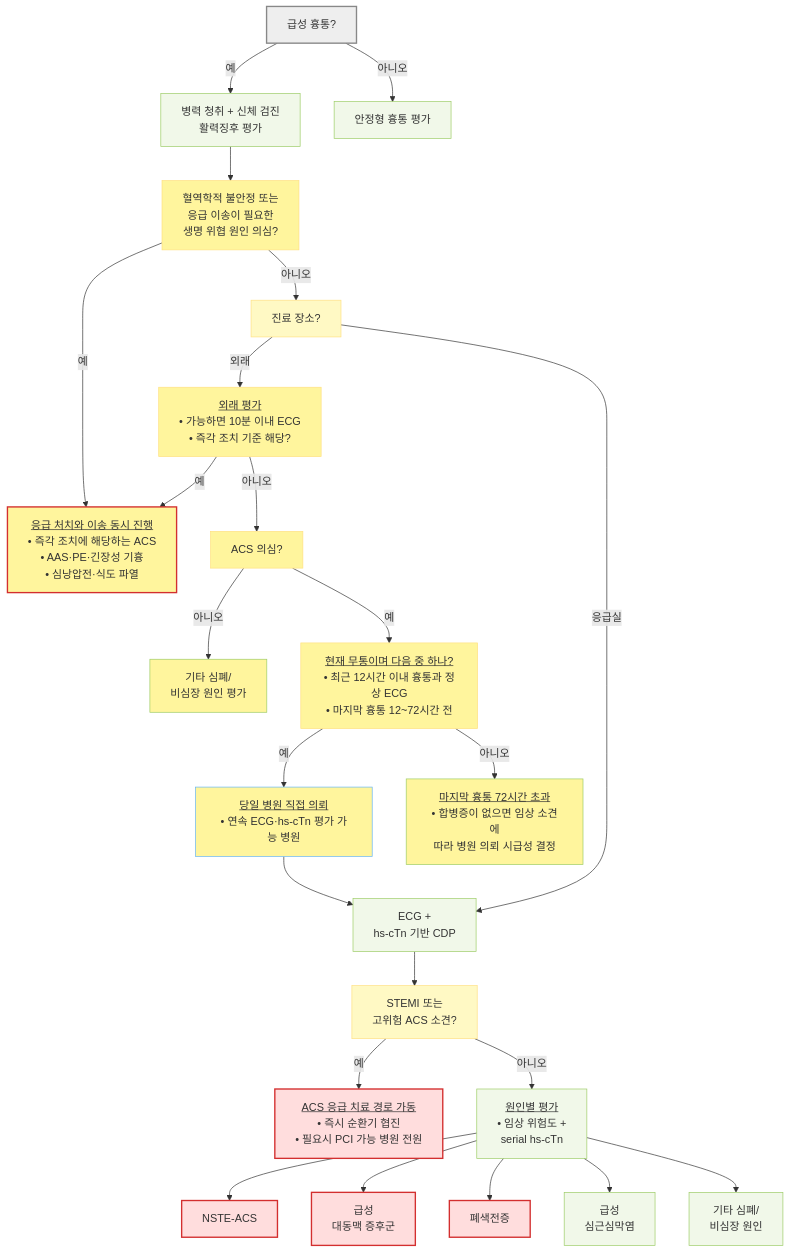
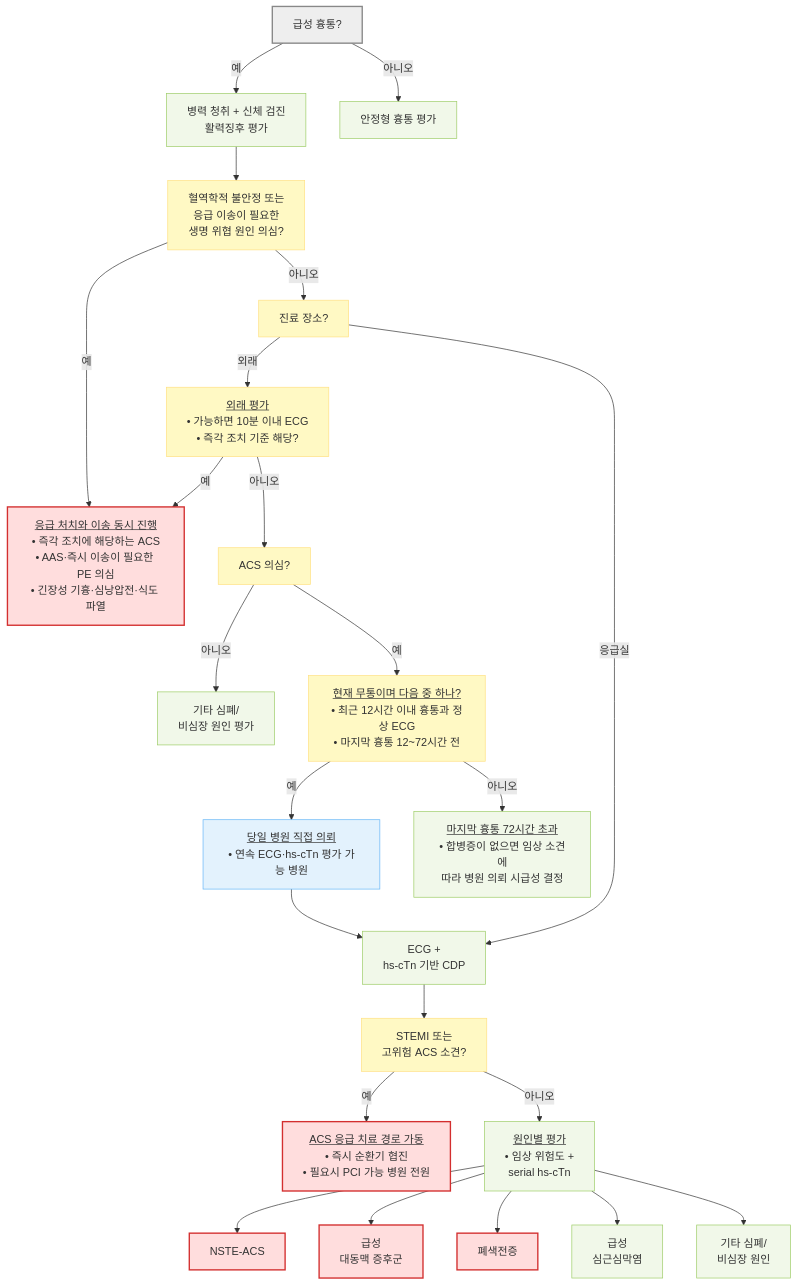
The first of 2 diagrams in 220_/002_-chest-pain.md (familyoh77/familyoh77), drawn with Mermaid before and after one commit. The commit also changed other lines of this file and 4 other files, not shown here.

````diff
--- a/220_/002_-chest-pain.md
+++ b/220_/002_-chest-pain.md
@@ -154,45 +154,35 @@
 ```mermaid
 flowchart TD
     A["급성 흉통?"] -- "예" --> B["병력 청취 + 신체 검진 <br/> 활력징후 평가"]
     A -- "아니오" --> Z["안정형 흉통 평가"]
     B --> L["혈역학적 불안정 또는 <br/>응급 이송이 필요한 <br/>생명 위협 원인 의심?"]
-    L -- "예" --> R["<u>응급 처치와 이송 동시 진행</u><br/>• 즉각 조치에 해당하는 ACS<br/>• AAS·PE·긴장성 기흉<br/>• 심낭압전·식도 파열"]
+    L -- "예" --> R["<u>응급 처치와 이송 동시 진행</u><br/>• 즉각 조치에 해당하는 ACS<br/>• AAS·즉시 이송이 필요한 PE 의심<br/>• 긴장성 기흉·심낭압전·식도 파열"]
     L -- "아니오" --> C["진료 장소?"]
     C -- "외래" --> O["<u>외래 평가</u><br/>• 가능하면 10분 이내 ECG<br/>• 즉각 조치 기준 해당?"]
     C -- "응급실" --> T["ECG + <br/>hs-cTn 기반 CDP"]
     O -- "예" --> R
     O -- "아니오" --> U["ACS 의심?"]
     U -- "아니오" --> K1["기타 심폐/<br/>비심장 원인 평가"]
     U -- "예" --> V["<u>현재 무통이며 다음 중 하나?</u><br/>• 최근 12시간 이내 흉통과 정상 ECG<br/>• 마지막 흉통 12~72시간 전"]
     V -- "예" --> W["<u>당일 병원 직접 의뢰</u><br/>• 연속 ECG·hs-cTn 평가 가능 병원"]
     V -- "아니오" --> X["<u>마지막 흉통 72시간 초과</u><br/>• 합병증이 없으면 임상 소견에<br/>따라 병원 의뢰 시급성 결정"]
     W --> T
     T --> Q["STEMI 또는 <br/>고위험 ACS 소견?"]
     Q -- "예" --> D["<u>ACS 응급 치료 경로 가동</u><br/>• 즉시 순환기 협진<br/>• 필요시 PCI 가능 병원 전원"]
     Q -- "아니오" --> E["<u>원인별 평가</u><br/>• 임상 위험도 + <br/>serial hs-cTn"]
     E --> G["NSTE-ACS"]
     E --> H["급성 <br/>대동맥 증후군"]
     E --> I["폐색전증"]
     E --> J["급성 <br/>심근심막염"]
     E --> K["기타 심폐/ <br/>비심장 원인"]
     classDef start fill:#eeeeee,stroke:#888888,stroke-width:2px
     classDef question fill:#fff9c4,stroke:#ffe082
     classDef emergency fill:#ffdddd,stroke:#d32f2f,stroke-width:2px
     classDef evaluation fill:#f1f8e9,stroke:#9ccc65
     classDef treatment fill:#e3f2fd,stroke:#64b5f6
     class A start
     class L,C,O,Q,U,V question
     class R,D,G,H,I emergency
     class B,Z,T,E,J,K,K1,X evaluation
     class W treatment
-
-
-    style K1 fill:#fff59d
-    style L fill:#fff59d
-    style O fill:#fff59d
-    style R fill:#fff59d
-    style U fill:#fff59d
-    style V fill:#fff59d
-    style W fill:#fff59d
-    style X fill:#fff59d
 ```
````
